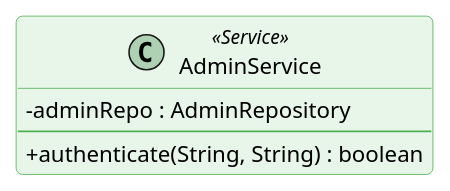
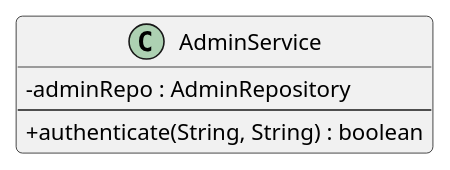
One commit to yahavrabi/smart_delivery_proj changed the diagram in BOOK/uml-diagrams/every Class UML sperately/services/AdminService.puml. Above: the diagram before and after it, drawn with PlantUML. The commit also changed 14 other files, not shown here.

Commit message:
final product with updated UML 26/5/2026 22:50

```diff
--- a/BOOK/uml-diagrams/every Class UML sperately/services/AdminService.puml
+++ b/BOOK/uml-diagrams/every Class UML sperately/services/AdminService.puml
@@ -1,20 +1,13 @@
 @startuml AdminServiceClass
 skinparam classAttributeIconSize 0
 skinparam backgroundColor #FFFFFF
 skinparam roundcorner 8
 skinparam shadowlighting false
 
-skinparam class {
-    BackgroundColor #E8F5E9
-    BorderColor #4CAF50
-    FontName "Segoe UI"
-    HeaderFontStyle bold
-}
-
-class AdminService <<Service>> {
+class AdminService {
     - adminRepo : AdminRepository
     --
     + authenticate(String, String) : boolean
 }
 
 @enduml
```
